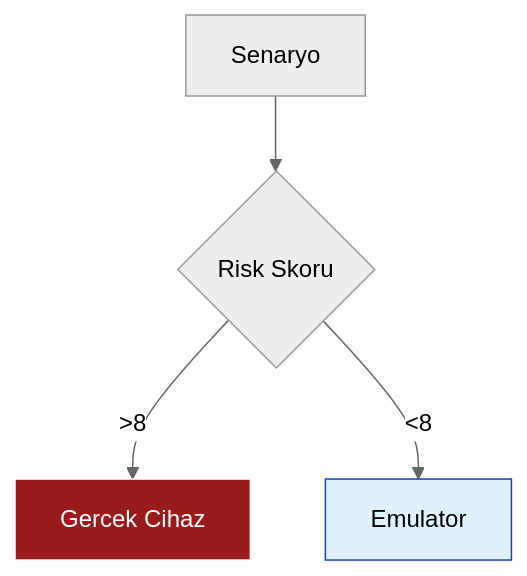
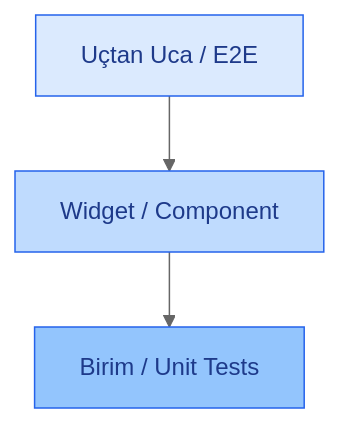
The first of 3 diagrams in slides.md (MustafaU55/mobil-test), drawn with Mermaid (neutral theme) before and after one commit. The commit also changed other lines of this file, not shown here.

````diff
--- a/slides.md
+++ b/slides.md
@@ -146,8 +149,8 @@
 ```mermaid
 graph TD
-  A[Senaryo] --> B{Risk Skoru}
-  B -- >8 --> C[Gercek Cihaz]
-  B -- <8 --> D[Emulator]
-  style C fill:#991B1B,stroke:#fff,color:#fff
-  style D fill:#E0F2FE,stroke:#1E40AF
+  A[Uçtan Uca / E2E] --> B[Widget / Component]
+  B --> C[Birim / Unit Tests]
+  style A fill:#DBEAFE,stroke:#2563EB,color:#1E3A8A
+  style B fill:#BFDBFE,stroke:#2563EB,color:#1E3A8A
+  style C fill:#93C5FD,stroke:#2563EB,color:#1E3A8A
 ```
````
